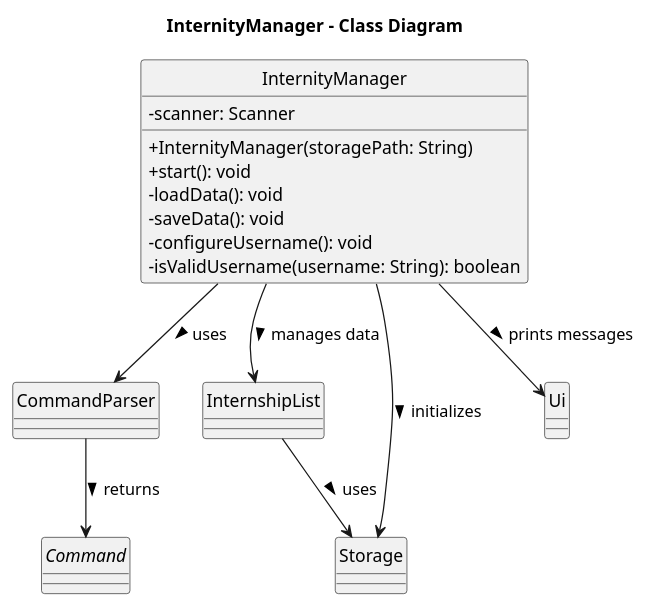
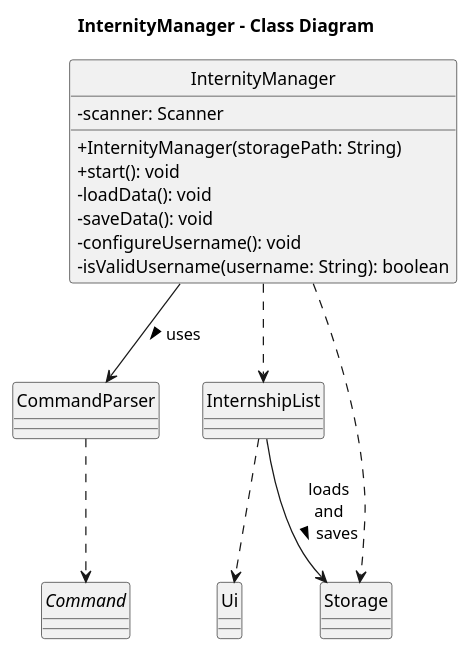
One commit to AY2526S1-CS2113-W14-4/tp changed the diagram in docs/diagrams/InternityManagerCD.puml. Above: the diagram before and after it, drawn with PlantUML. The commit also changed 8 other files, not shown here.

Commit message:
Fix diagrams

```diff
--- a/docs/diagrams/InternityManagerCD.puml
+++ b/docs/diagrams/InternityManagerCD.puml
@@ -1,29 +1,29 @@
 @startuml
 title InternityManager - Class Diagram
 hide circle
 skinparam classAttributeIconSize 0
 
 class InternityManager {
     - scanner: Scanner
     + InternityManager(storagePath: String)
     + start(): void
     - loadData(): void
     - saveData(): void
     - configureUsername(): void
     - isValidUsername(username: String): boolean
 }
 
 class CommandParser
 class InternshipList
 class Storage
 class Ui
 abstract class Command
 
 InternityManager --> CommandParser : uses >
-InternityManager --> InternshipList : manages data >
-InternityManager --> Storage : initializes >
-InternityManager --> Ui : prints messages >
-CommandParser --> Command : returns >
-InternshipList --> Storage : uses >
+InternityManager ..> InternshipList
+InternityManager ..> Storage
+InternshipList ..> Ui
+CommandParser ..> Command
+InternshipList --> Storage : loads\nand\nsaves >
 
 @enduml
```
